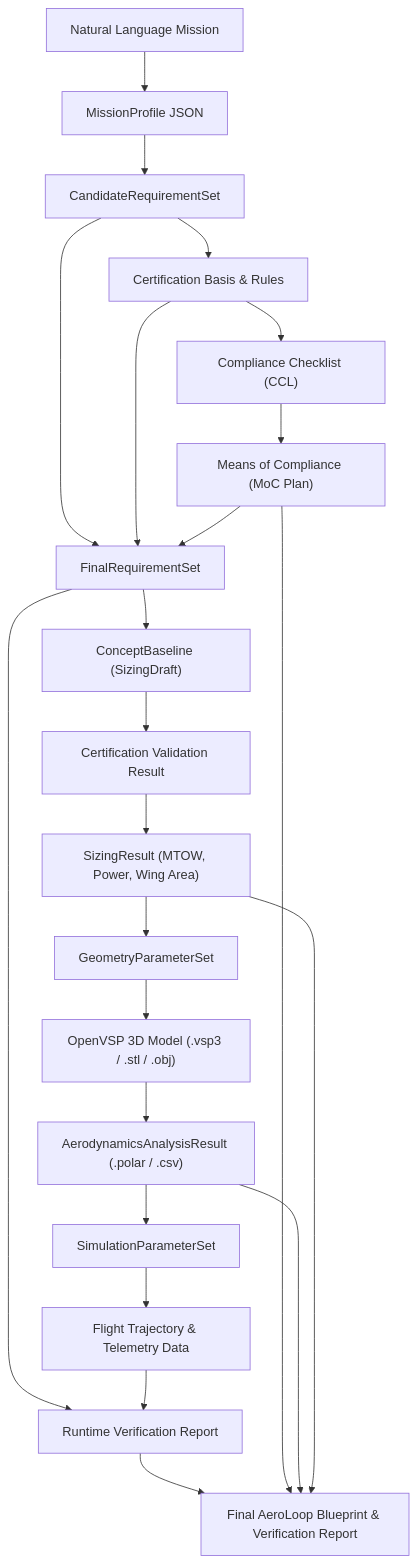
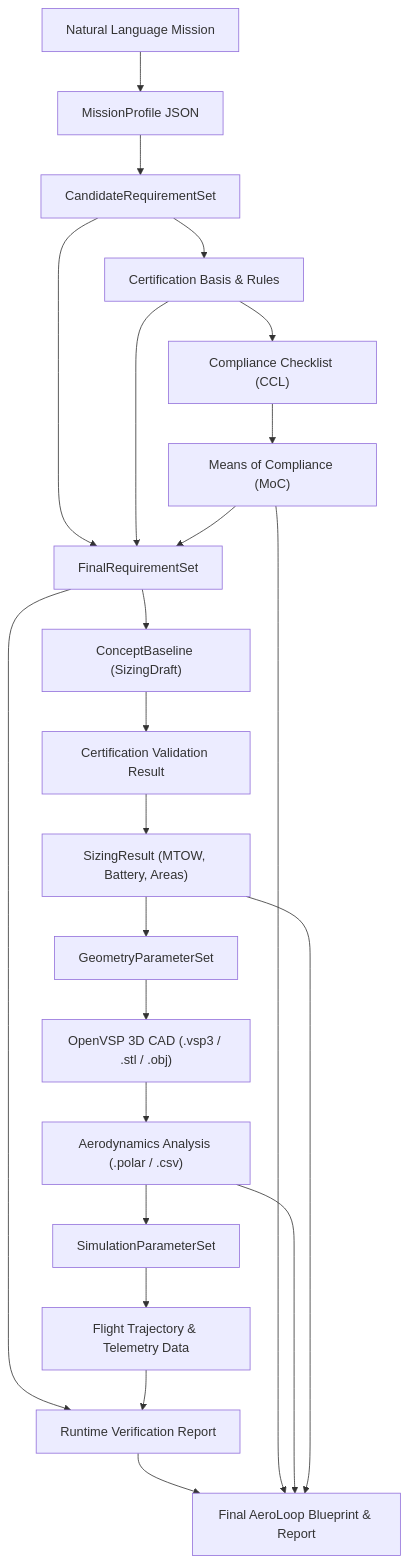
Before and after one commit to cksrblee/Aeroloop: the fourth of 4 diagrams in README_KOR.md, drawn with Mermaid. The commit also changed other lines of this file and 2 other files, not shown here.

````diff
--- a/README_KOR.md
+++ b/README_KOR.md
@@ -175,30 +149,30 @@
 ```mermaid
-graph TD
+flowchart TD
     Input["Natural Language Mission"] --> MP["MissionProfile JSON"]
     MP --> CR["CandidateRequirementSet"]
     CR --> CB["Certification Basis & Rules"]
     CB --> CCL["Compliance Checklist (CCL)"]
-    CCL --> MOC["Means of Compliance (MoC Plan)"]
+    CCL --> MOC["Means of Compliance (MoC)"]
 
     CR --> FR["FinalRequirementSet"]
     CB --> FR
     MOC --> FR
 
     FR --> C_BASE["ConceptBaseline (SizingDraft)"]
     C_BASE --> VAL["Certification Validation Result"]
-    VAL --> SR["SizingResult (MTOW, Power, Wing Area)"]
+    VAL --> SR["SizingResult (MTOW, Battery, Areas)"]
     SR --> GP["GeometryParameterSet"]
-    GP --> VSP["OpenVSP 3D Model (.vsp3 / .stl / .obj)"]
+    GP --> VSP["OpenVSP 3D CAD (.vsp3 / .stl / .obj)"]
 
-    VSP --> AR["AerodynamicsAnalysisResult (.polar / .csv)"]
+    VSP --> AR["Aerodynamics Analysis (.polar / .csv)"]
     AR --> SP["SimulationParameterSet"]
     SP --> TR["Flight Trajectory & Telemetry Data"]
 
     FR --> RV["Runtime Verification Report"]
     TR --> RV
 
-    RV --> REP["Final AeroLoop Blueprint & Verification Report"]
+    RV --> REP["Final AeroLoop Blueprint & Report"]
     MOC --> REP
     AR --> REP
     SR --> REP
 ```
````
